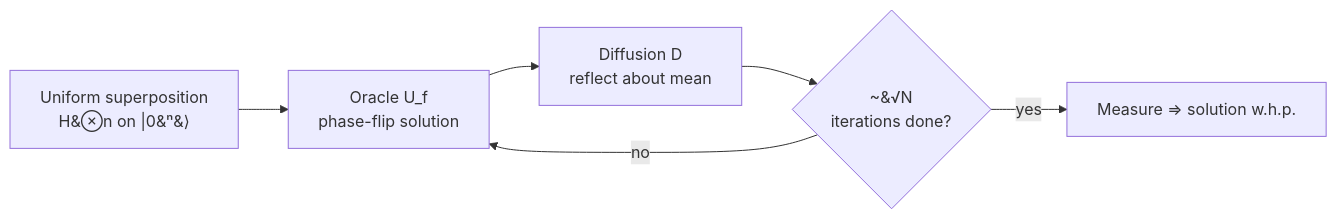
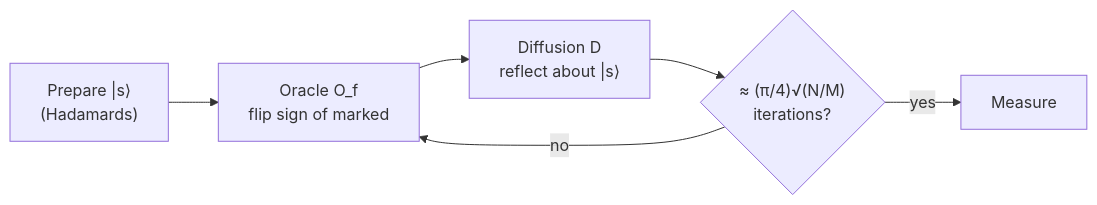
The second of 5 diagrams in github-pages/docs/advanced/quantum-algorithms-research.md (AndrewAltimit/Documentation), drawn with Mermaid before and after one commit. The commit also changed other lines of this file and 240 other files, not shown here.

````diff
--- a/github-pages/docs/advanced/quantum-algorithms-research.md
+++ b/github-pages/docs/advanced/quantum-algorithms-research.md
@@ -142,8 +221,8 @@
 ```mermaid
 flowchart LR
-    A["Uniform superposition<br/>H&#8855;n on |0&#8319;&#10217;"] --> B["Oracle U_f<br/>phase-flip solution"]
-    B --> C["Diffusion D<br/>reflect about mean"]
-    C --> D{"~&#8730;N<br/>iterations done?"}
+    A["Prepare |s⟩<br/>(Hadamards)"] --> B["Oracle O_f<br/>flip sign of marked"]
+    B --> C["Diffusion D<br/>reflect about |s⟩"]
+    C --> D{"≈ (π/4)√(N/M)<br/>iterations?"}
     D -- no --> B
-    D -- yes --> E["Measure &rArr; solution w.h.p."]
+    D -- yes --> E["Measure"]
 ```
````
